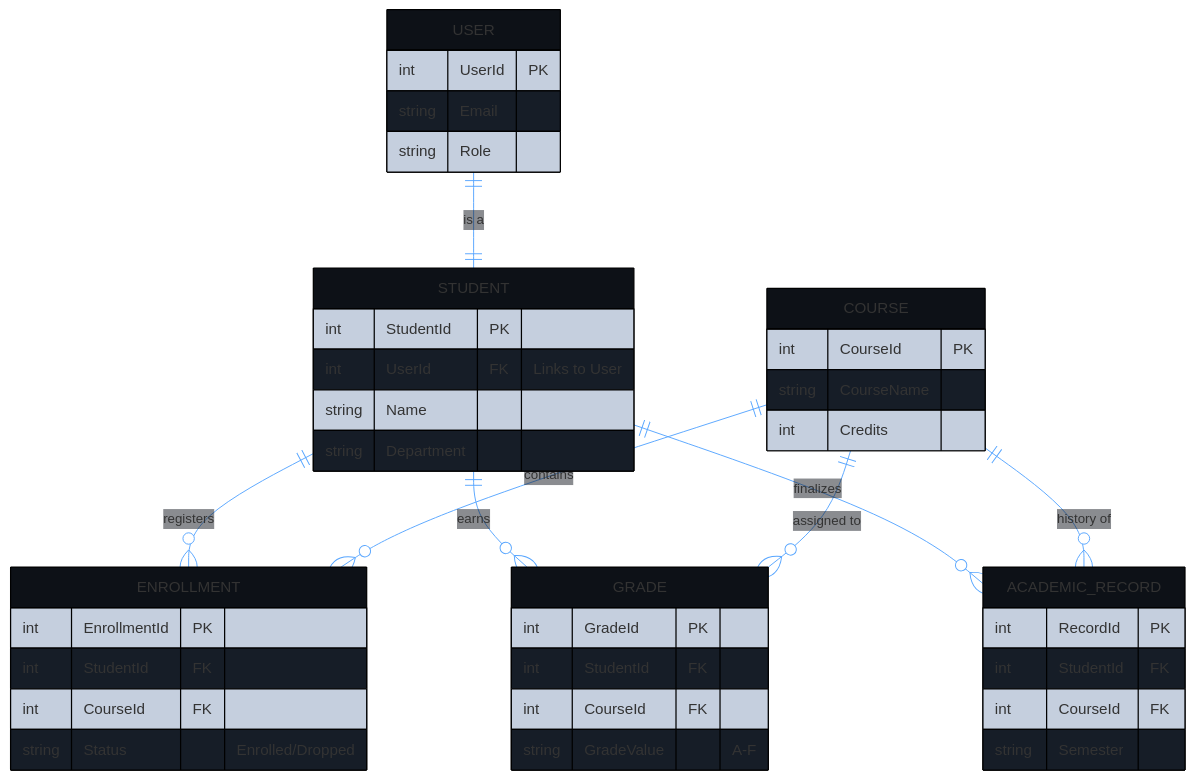
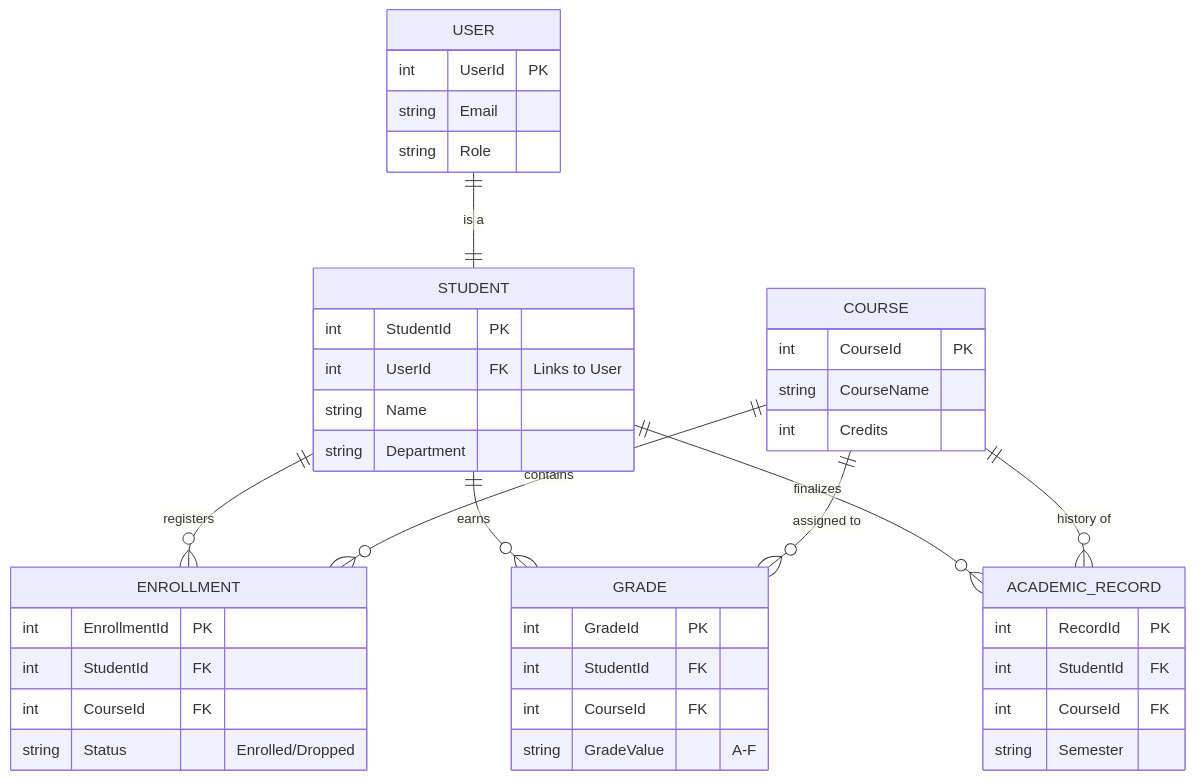
The second of 2 diagrams in README.md (Mani-741/ABC_University_Management), drawn with Mermaid before and after one commit.

````diff
--- a/README.md
+++ b/README.md
@@ -69,57 +69,57 @@
 ```mermaid
-%%{init: {'theme': 'base', 'themeVariables': { 'primaryColor': '#0d1117', 'edgeLabelBackground':'#161b22', 'tertiaryColor': '#161b22', 'lineColor': '#58a6ff', 'mainBkg': '#0d1117'}}}%%
+
 
 erDiagram
     %% Core Identity
     USER ||--|| STUDENT : "is a"
     
     %% Academic Links
     STUDENT ||--o{ ENROLLMENT : "registers"
     STUDENT ||--o{ GRADE : "earns"
     STUDENT ||--o{ ACADEMIC_RECORD : "finalizes"
     
     COURSE ||--o{ ENROLLMENT : "contains"
     COURSE ||--o{ GRADE : "assigned to"
     COURSE ||--o{ ACADEMIC_RECORD : "history of"
 
     USER {
         int UserId PK
         string Email
         string Role
     }
 
     STUDENT {
         int StudentId PK
         int UserId FK "Links to User"
         string Name
         string Department
     }
 
     COURSE {
         int CourseId PK
         string CourseName
         int Credits
     }
 
     ENROLLMENT {
         int EnrollmentId PK
         int StudentId FK
         int CourseId FK
         string Status "Enrolled/Dropped"
     }
 
     GRADE {
         int GradeId PK
         int StudentId FK
         int CourseId FK
         string GradeValue "A-F"
     }
 
     ACADEMIC_RECORD {
         int RecordId PK
         int StudentId FK
         int CourseId FK
         string Semester
     }
 
 ```
````
